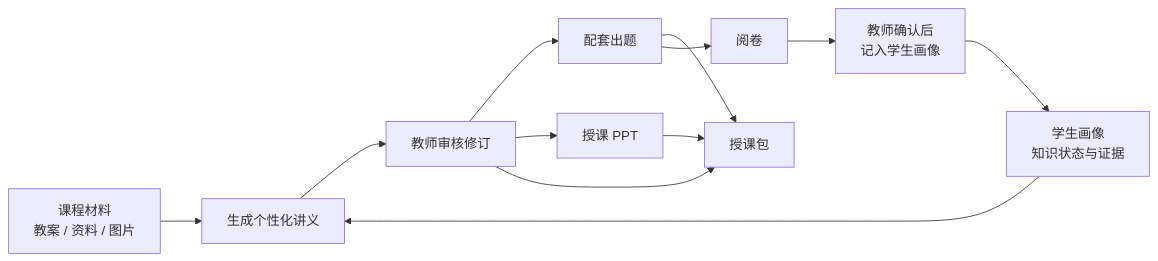
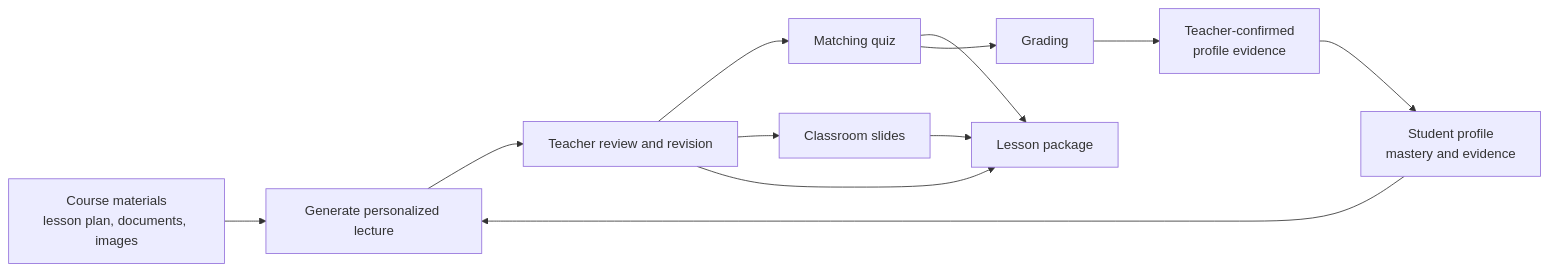
One commit to qweasdqwe11113-crypto/Personalized-lecture-notes changed the diagram in README.md. Above: the diagram before and after it, drawn with Mermaid. The commit also changed other lines of this file, not shown here.

````diff
--- a/README.md
+++ b/README.md
@@ -22,14 +22,14 @@
 ```mermaid
 flowchart LR
-    M["课程材料<br/>教案 / 资料 / 图片"] --> L["生成个性化讲义"]
-    P["学生画像<br/>知识状态与证据"] --> L
-    L --> R["教师审核修订"]
-    R --> Q["配套出题"]
-    R --> S["授课 PPT"]
-    Q --> K["授课包"]
+    M["Course materials<br/>lesson plan, documents, images"] --> L["Generate personalized lecture"]
+    P["Student profile<br/>mastery and evidence"] --> L
+    L --> R["Teacher review and revision"]
+    R --> Q["Matching quiz"]
+    R --> S["Classroom slides"]
+    Q --> K["Lesson package"]
     S --> K
     R --> K
-    Q --> G["阅卷"]
-    G --> E["教师确认后<br/>记入学生画像"]
+    Q --> G["Grading"]
+    G --> E["Teacher-confirmed<br/>profile evidence"]
     E --> P
 ```
````
